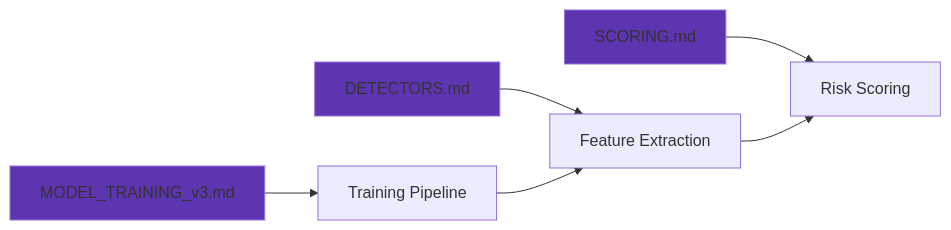
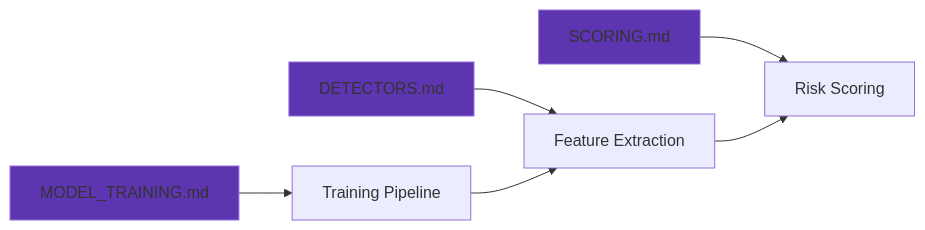
One commit to erfianugrah/markov-mail changed the second of 4 diagrams in docs/README.md. Above: the diagram before and after it, drawn with Mermaid. The commit also changed other lines of this file and 21 other files, not shown here.

````diff
--- a/docs/README.md
+++ b/docs/README.md
@@ -113,13 +113,13 @@
 ```mermaid
 graph LR
-    A[MODEL_TRAINING_v3.md] --> B[Training Pipeline]
+    A[MODEL_TRAINING.md] --> B[Training Pipeline]
     C[DETECTORS.md] --> D[Feature Extraction]
     E[SCORING.md] --> F[Risk Scoring]
 
     B --> D
     D --> F
 
     style A fill:#5e35b1
     style C fill:#5e35b1
     style E fill:#5e35b1
 ```
````
